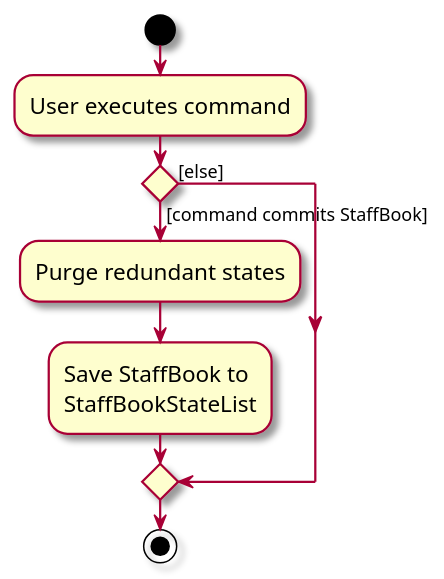
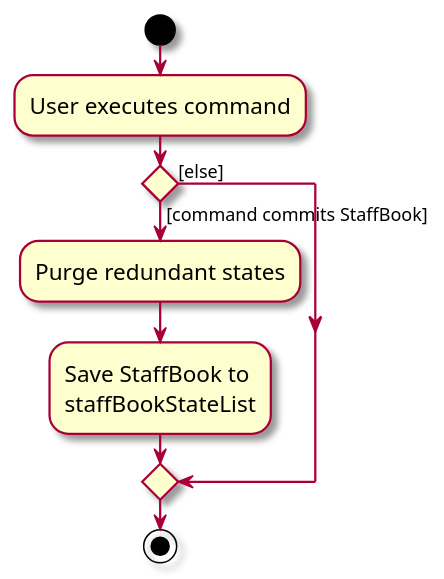
Before and after one commit to nus-cs2103-AY2324S2/tp: the diagram in docs/diagrams/CommitActivityDiagram.puml, drawn with PlantUML. The commit also changed 1 other file, not shown here.

```diff
--- a/docs/diagrams/CommitActivityDiagram.puml
+++ b/docs/diagrams/CommitActivityDiagram.puml
@@ -1,18 +1,18 @@
 @startuml
 skin rose
 skinparam ActivityFontSize 15
 skinparam ArrowFontSize 12
 start
 :User executes command;
 
 'Since the beta syntax does not support placing the condition outside the
 'diamond we place it as the true branch instead.
 
 if () then ([command commits StaffBook])
     :Purge redundant states;
     :Save StaffBook to
-    StaffBookStateList;
+    staffBookStateList;
 else ([else])
 endif
 stop
 @enduml
```
